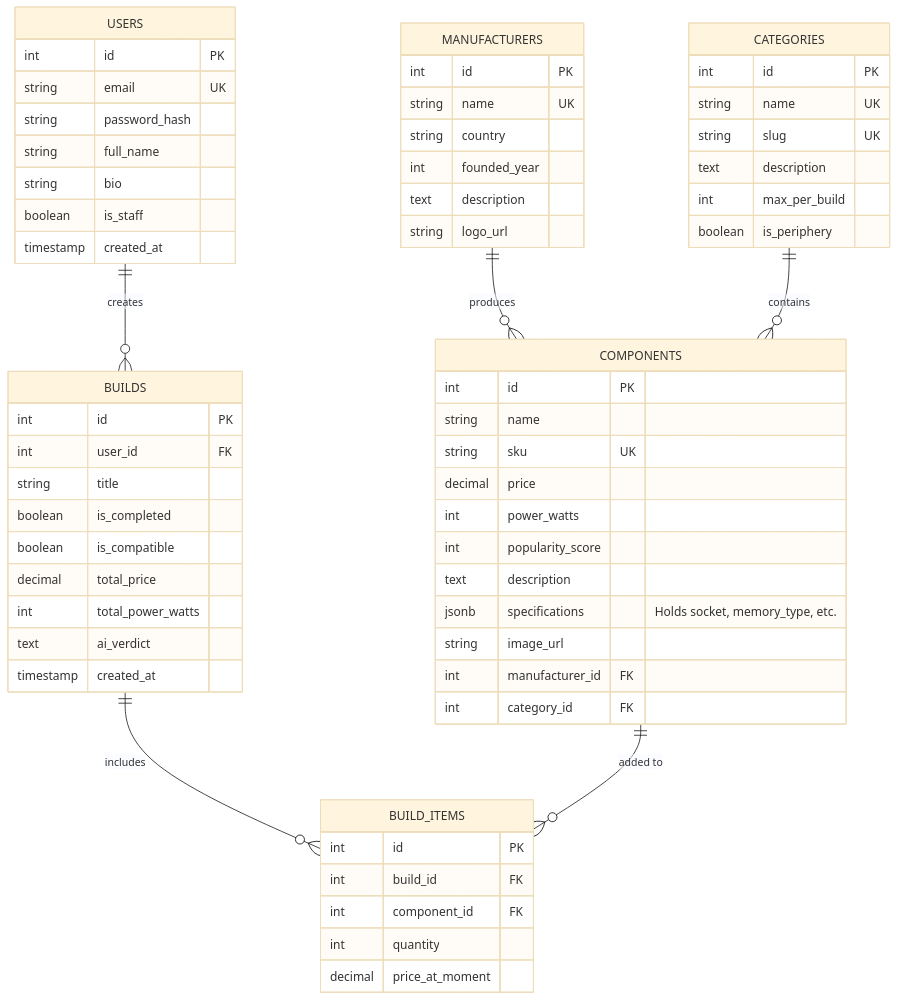
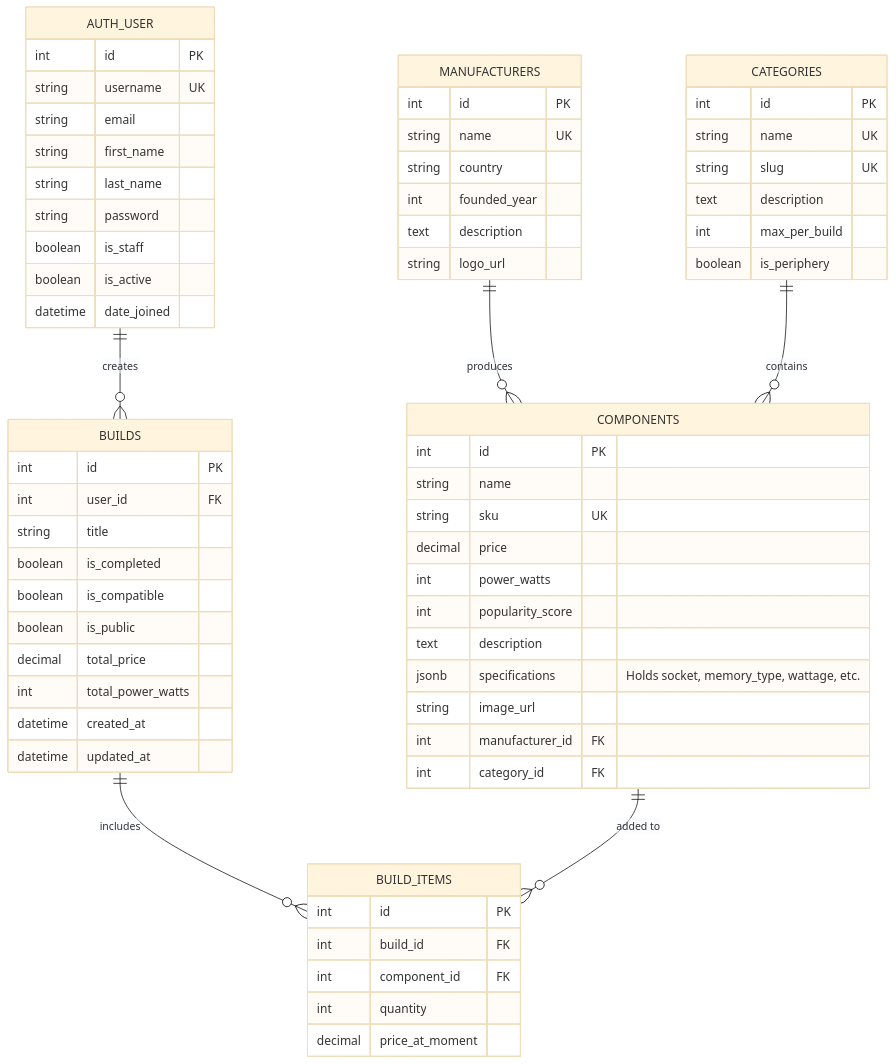
The diagram in README.md (elvvelon/Kompo), drawn with Mermaid (base theme) before and after one commit. The commit also changed other lines of this file and 1 other file, not shown here.

````diff
--- a/README.md
+++ b/README.md
@@ -118,70 +141,73 @@
 ```mermaid
 erDiagram
-    USERS ||--o{ BUILDS : "creates"
+    AUTH_USER ||--o{ BUILDS : "creates"
     MANUFACTURERS ||--o{ COMPONENTS : "produces"
     CATEGORIES ||--o{ COMPONENTS : "contains"
     BUILDS ||--o{ BUILD_ITEMS : "includes"
     COMPONENTS ||--o{ BUILD_ITEMS : "added to"
 
-    USERS {
+    AUTH_USER {
         int id PK
-        string email UK
-        string password_hash
-        string full_name
-        string bio
+        string username UK
+        string email
+        string first_name
+        string last_name
+        string password
         boolean is_staff
-        timestamp created_at
+        boolean is_active
+        datetime date_joined
     }
 
     MANUFACTURERS {
         int id PK
         string name UK
         string country
         int founded_year
         text description
         string logo_url
     }
 
     CATEGORIES {
         int id PK
         string name UK
         string slug UK
         text description
         int max_per_build
         boolean is_periphery
     }
 
     COMPONENTS {
         int id PK
         string name
         string sku UK
         decimal price
         int power_watts
         int popularity_score
         text description
-        jsonb specifications "Holds socket, memory_type, etc."
+        jsonb specifications "Holds socket, memory_type, wattage, etc."
         string image_url
         int manufacturer_id FK
         int category_id FK
     }
 
     BUILDS {
         int id PK
         int user_id FK
         string title
         boolean is_completed
         boolean is_compatible
+        boolean is_public
         decimal total_price
         int total_power_watts
-        text ai_verdict
-        timestamp created_at
+        datetime created_at
+        datetime updated_at
     }
 
     BUILD_ITEMS {
         int id PK
         int build_id FK
         int component_id FK
         int quantity
         decimal price_at_moment
     }
 ```
````
